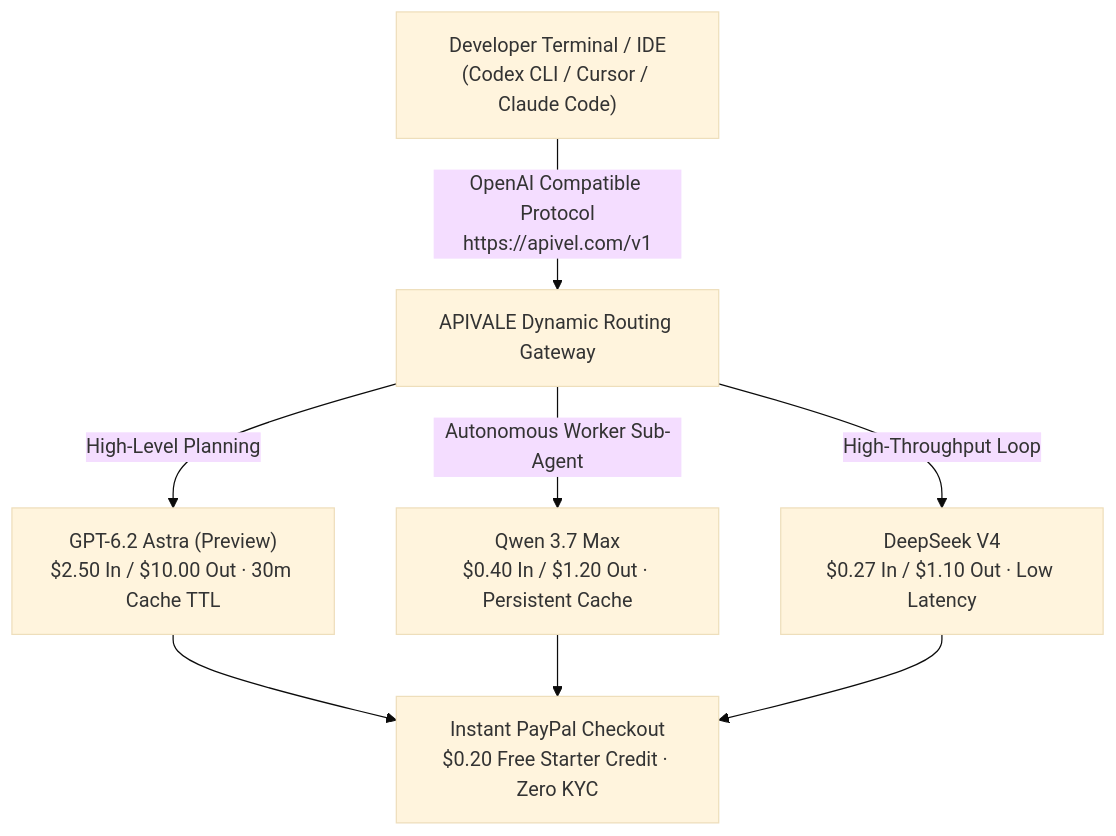
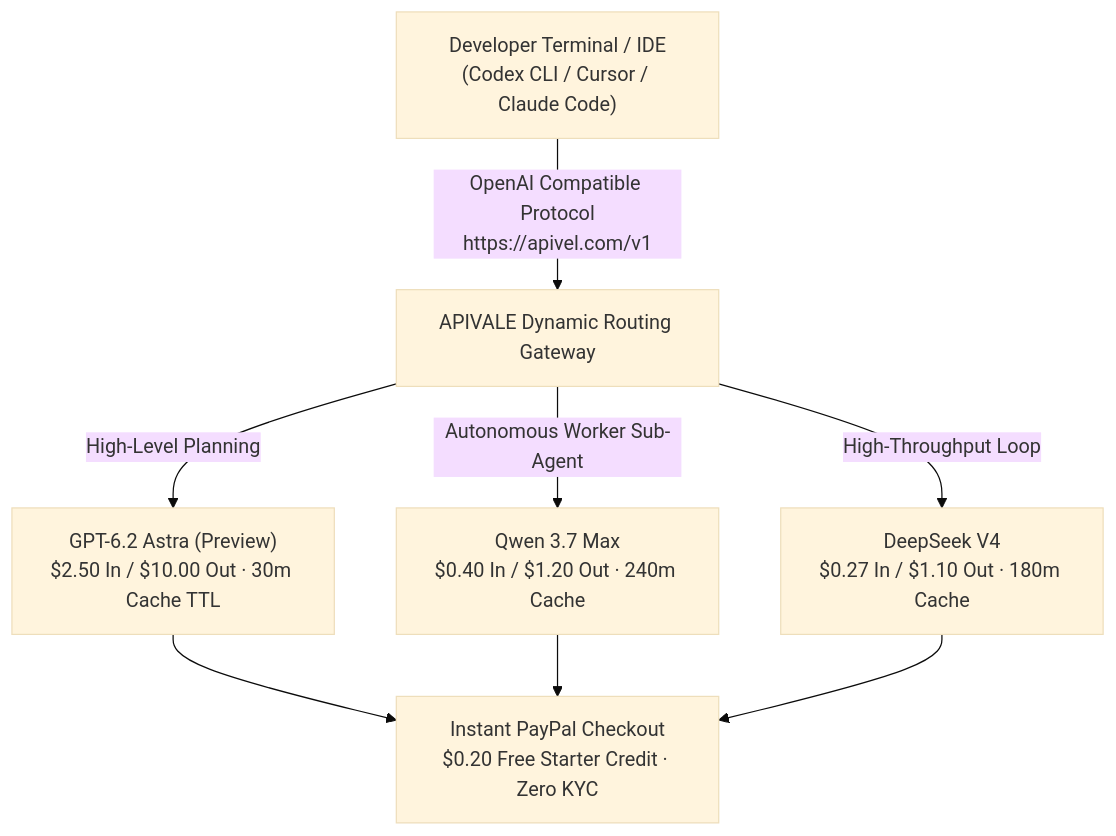
Before and after one commit to bshx2024/apivel_blog: the diagram in src/content/blog/gpt-6-2-astra-benchmarks-price-reddit.md, drawn with Mermaid (base theme). The commit also changed other lines of this file and 6 other files, not shown here.

````diff
--- a/src/content/blog/gpt-6-2-astra-benchmarks-price-reddit.md
+++ b/src/content/blog/gpt-6-2-astra-benchmarks-price-reddit.md
@@ -43,10 +43,10 @@
 ```mermaid
 graph TD
     A["Developer Terminal / IDE<br/>(Codex CLI / Cursor / Claude Code)"] -->|"OpenAI Compatible Protocol<br/>https://apivel.com/v1"| B["APIVALE Dynamic Routing Gateway"]
     B -->|"High-Level Planning"| C["GPT-6.2 Astra (Preview)<br/>$2.50 In / $10.00 Out · 30m Cache TTL"]
-    B -->|"Autonomous Worker Sub-Agent"| D["Qwen 3.7 Max<br/>$0.40 In / $1.20 Out · Persistent Cache"]
-    B -->|"High-Throughput Loop"| E["DeepSeek V4<br/>$0.27 In / $1.10 Out · Low Latency"]
+    B -->|"Autonomous Worker Sub-Agent"| D["Qwen 3.7 Max<br/>$0.40 In / $1.20 Out · 240m Cache"]
+    B -->|"High-Throughput Loop"| E["DeepSeek V4<br/>$0.27 In / $1.10 Out · 180m Cache"]
     C --> F["Instant PayPal Checkout<br/>$0.20 Free Starter Credit · Zero KYC"]
     D --> F
     E --> F
 ```
````
